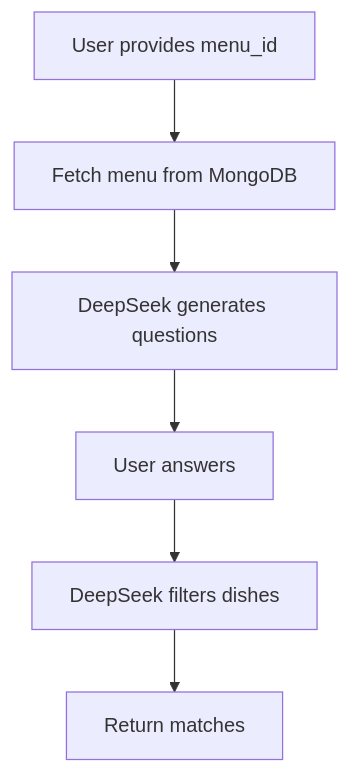
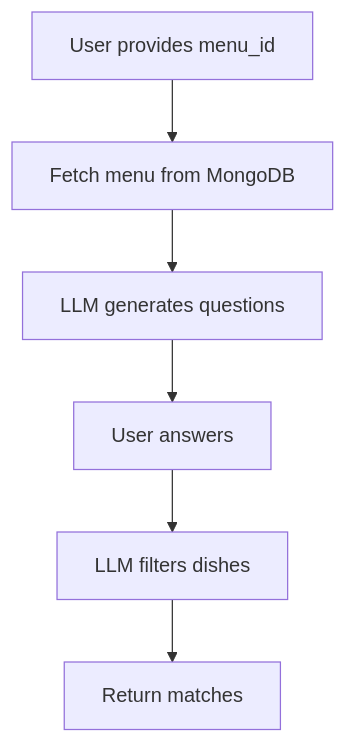
Before and after one commit to pacchio/menu-advisor-model: the diagram in README.md, drawn with Mermaid. The commit also changed other lines of this file and 4 other files, not shown here.

````diff
--- a/README.md
+++ b/README.md
@@ -26,8 +26,8 @@
 ```mermaid
 graph TD
     A[User provides menu_id] --> B[Fetch menu from MongoDB]
-    B --> C[DeepSeek generates questions]
+    B --> C[LLM generates questions]
     C --> D[User answers]
-    D --> E[DeepSeek filters dishes]
+    D --> E[LLM filters dishes]
     E --> F[Return matches]
  ```
````
